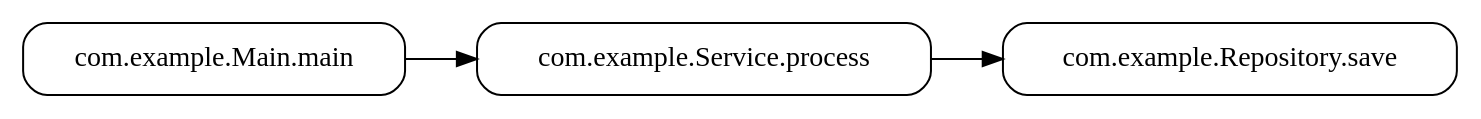
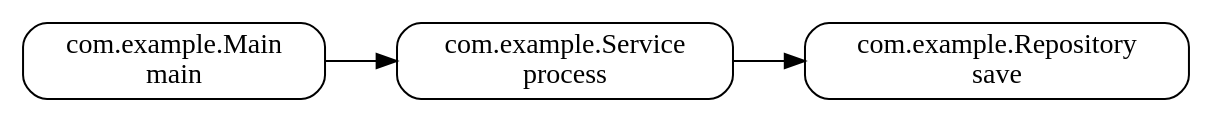
One commit to agwlvssainokuni/java-call-graph changed the diagram in README.md. Above: the diagram before and after it, drawn with Graphviz. The commit also changed other lines of this file and 2 other files, not shown here.

Commit message:
DOT形式の2行ラベル表示改善をドキュメントに反映
- CLAUDE.md、README.md、README_ja.mdを更新
- DOT形式でクラス名とメソッド名が2行で表示される旨を明記
- サンプルコードでノードラベル定義例を追加

🤖 Generated with [Claude Code](https://claude.ai/code)

````diff
--- a/README.md
+++ b/README.md
@@ -210,9 +210,13 @@
 ```dot
 digraph CallGraph {
   rankdir=LR;
   node [shape=box, style=rounded];
   
+  "com.example.Main.main" [label="com.example.Main\nmain"];
+  "com.example.Service.process" [label="com.example.Service\nprocess"];
+  "com.example.Repository.save" [label="com.example.Repository\nsave"];
+  
   "com.example.Main.main" -> "com.example.Service.process";
   "com.example.Service.process" -> "com.example.Repository.save";
 }
 ```
````
